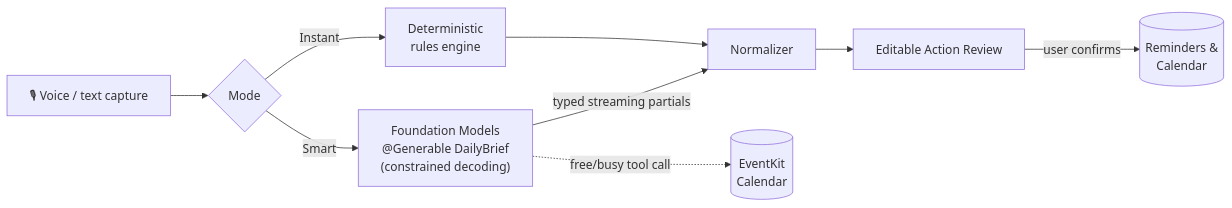
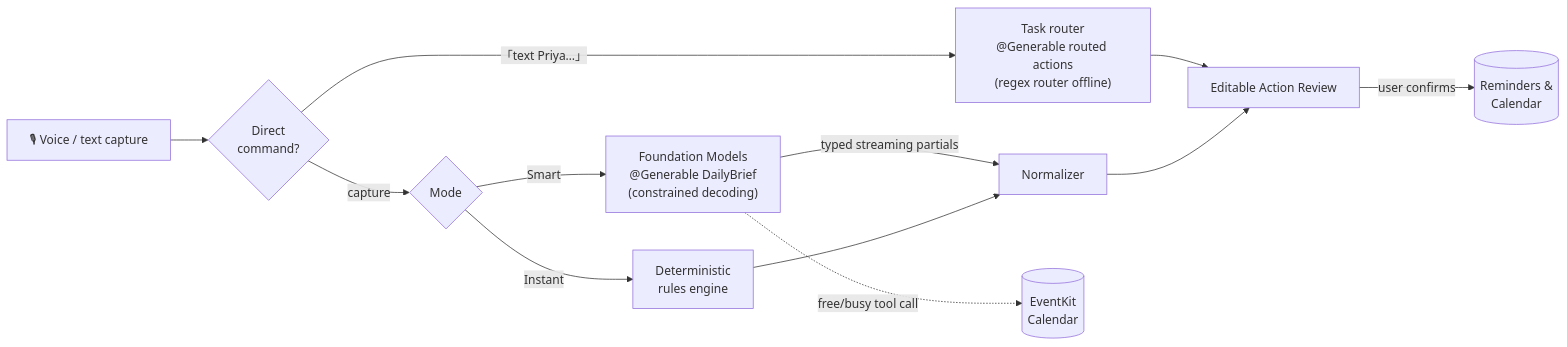
The diagram in README.md (Saithej2k/LocalAssist), drawn with Mermaid before and after one commit. The commit also changed other lines of this file and 11 other files, not shown here.

````diff
--- a/README.md
+++ b/README.md
@@ -37,11 +37,14 @@
 ```mermaid
 flowchart LR
-    A["🎙 Voice / text capture"] --> B{Mode}
+    A["🎙 Voice / text capture"] --> R{Direct<br>command?}
+    R -- "「text Priya…」" --> T["Task router<br>@Generable routed actions<br>(regex router offline)"]
+    R -- "capture" --> B{Mode}
     B -- "Smart" --> C["Foundation Models<br>@Generable DailyBrief<br>(constrained decoding)"]
     B -- "Instant" --> D["Deterministic<br>rules engine"]
     C -- "typed streaming partials" --> E["Normalizer"]
     D --> E
     C -. "free/busy tool call" .-> K[("EventKit<br>Calendar")]
+    T --> F
     E --> F["Editable Action Review"]
     F -- "user confirms" --> G[("Reminders &<br>Calendar")]
 ```
````
